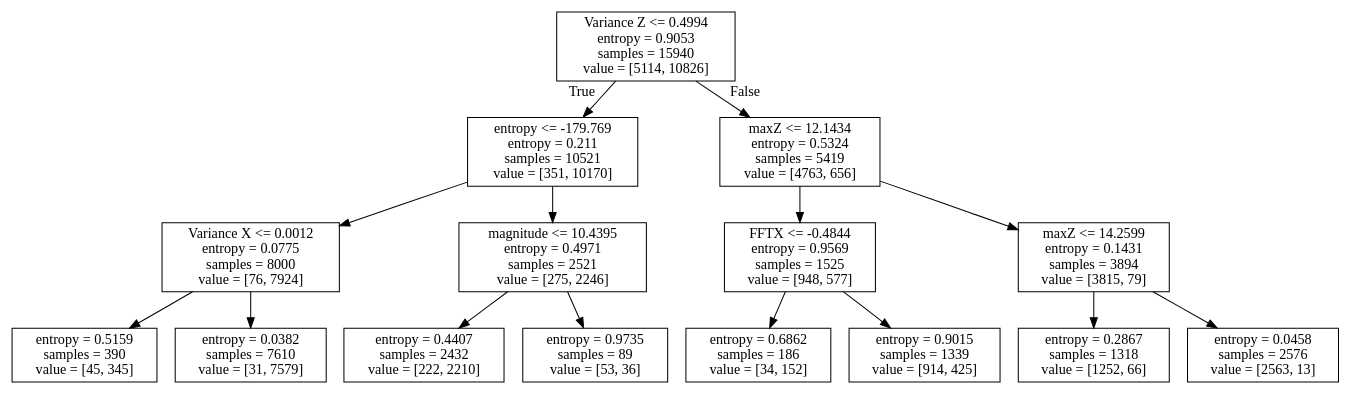
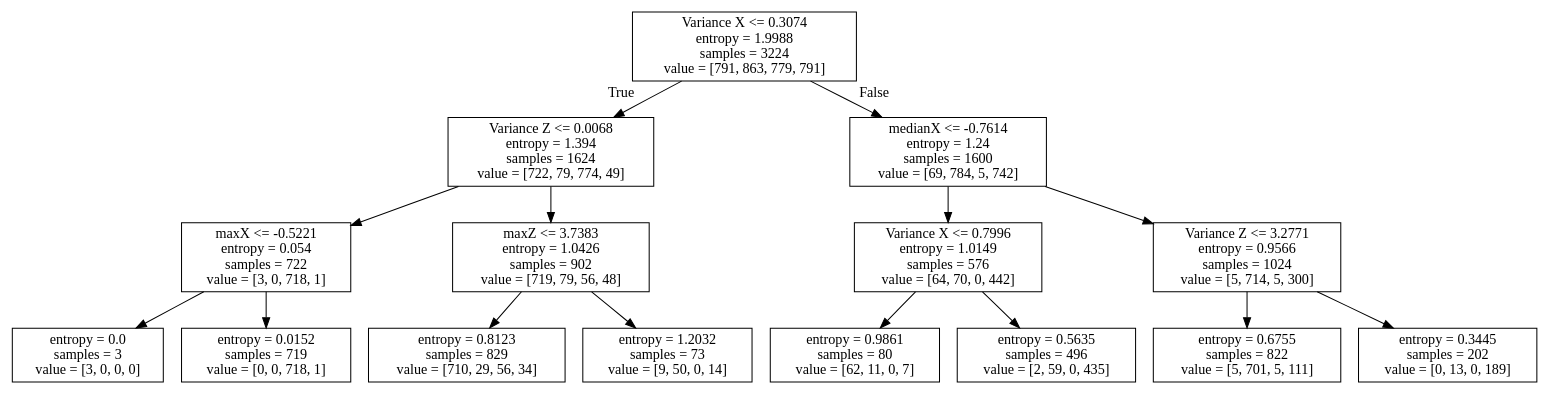
The diagram in tree.dot (juconghe/Activity2), drawn with Graphviz before and after one commit. The commit also changed 5 other files, not shown here.

```diff
--- a/tree.dot
+++ b/tree.dot
@@ -1,32 +1,32 @@
 digraph Tree {
 node [shape=box] ;
-0 [label="Variance Z <= 0.4994\nentropy = 0.9053\nsamples = 15940\nvalue = [5114, 10826]"] ;
-1 [label="entropy <= -179.769\nentropy = 0.211\nsamples = 10521\nvalue = [351, 10170]"] ;
+0 [label="Variance X <= 0.3074\nentropy = 1.9988\nsamples = 3224\nvalue = [791, 863, 779, 791]"] ;
+1 [label="Variance Z <= 0.0068\nentropy = 1.394\nsamples = 1624\nvalue = [722, 79, 774, 49]"] ;
 0 -> 1 [labeldistance=2.5, labelangle=45, headlabel="True"] ;
-2 [label="Variance X <= 0.0012\nentropy = 0.0775\nsamples = 8000\nvalue = [76, 7924]"] ;
+2 [label="maxX <= -0.5221\nentropy = 0.054\nsamples = 722\nvalue = [3, 0, 718, 1]"] ;
 1 -> 2 ;
-3 [label="entropy = 0.5159\nsamples = 390\nvalue = [45, 345]"] ;
+3 [label="entropy = 0.0\nsamples = 3\nvalue = [3, 0, 0, 0]"] ;
 2 -> 3 ;
-4 [label="entropy = 0.0382\nsamples = 7610\nvalue = [31, 7579]"] ;
+4 [label="entropy = 0.0152\nsamples = 719\nvalue = [0, 0, 718, 1]"] ;
 2 -> 4 ;
-5 [label="magnitude <= 10.4395\nentropy = 0.4971\nsamples = 2521\nvalue = [275, 2246]"] ;
+5 [label="maxZ <= 3.7383\nentropy = 1.0426\nsamples = 902\nvalue = [719, 79, 56, 48]"] ;
 1 -> 5 ;
-6 [label="entropy = 0.4407\nsamples = 2432\nvalue = [222, 2210]"] ;
+6 [label="entropy = 0.8123\nsamples = 829\nvalue = [710, 29, 56, 34]"] ;
 5 -> 6 ;
-7 [label="entropy = 0.9735\nsamples = 89\nvalue = [53, 36]"] ;
+7 [label="entropy = 1.2032\nsamples = 73\nvalue = [9, 50, 0, 14]"] ;
 5 -> 7 ;
-8 [label="maxZ <= 12.1434\nentropy = 0.5324\nsamples = 5419\nvalue = [4763, 656]"] ;
+8 [label="medianX <= -0.7614\nentropy = 1.24\nsamples = 1600\nvalue = [69, 784, 5, 742]"] ;
 0 -> 8 [labeldistance=2.5, labelangle=-45, headlabel="False"] ;
-9 [label="FFTX <= -0.4844\nentropy = 0.9569\nsamples = 1525\nvalue = [948, 577]"] ;
+9 [label="Variance X <= 0.7996\nentropy = 1.0149\nsamples = 576\nvalue = [64, 70, 0, 442]"] ;
 8 -> 9 ;
-10 [label="entropy = 0.6862\nsamples = 186\nvalue = [34, 152]"] ;
+10 [label="entropy = 0.9861\nsamples = 80\nvalue = [62, 11, 0, 7]"] ;
 9 -> 10 ;
-11 [label="entropy = 0.9015\nsamples = 1339\nvalue = [914, 425]"] ;
+11 [label="entropy = 0.5635\nsamples = 496\nvalue = [2, 59, 0, 435]"] ;
 9 -> 11 ;
-12 [label="maxZ <= 14.2599\nentropy = 0.1431\nsamples = 3894\nvalue = [3815, 79]"] ;
+12 [label="Variance Z <= 3.2771\nentropy = 0.9566\nsamples = 1024\nvalue = [5, 714, 5, 300]"] ;
 8 -> 12 ;
-13 [label="entropy = 0.2867\nsamples = 1318\nvalue = [1252, 66]"] ;
+13 [label="entropy = 0.6755\nsamples = 822\nvalue = [5, 701, 5, 111]"] ;
 12 -> 13 ;
-14 [label="entropy = 0.0458\nsamples = 2576\nvalue = [2563, 13]"] ;
+14 [label="entropy = 0.3445\nsamples = 202\nvalue = [0, 13, 0, 189]"] ;
 12 -> 14 ;
 }
```
